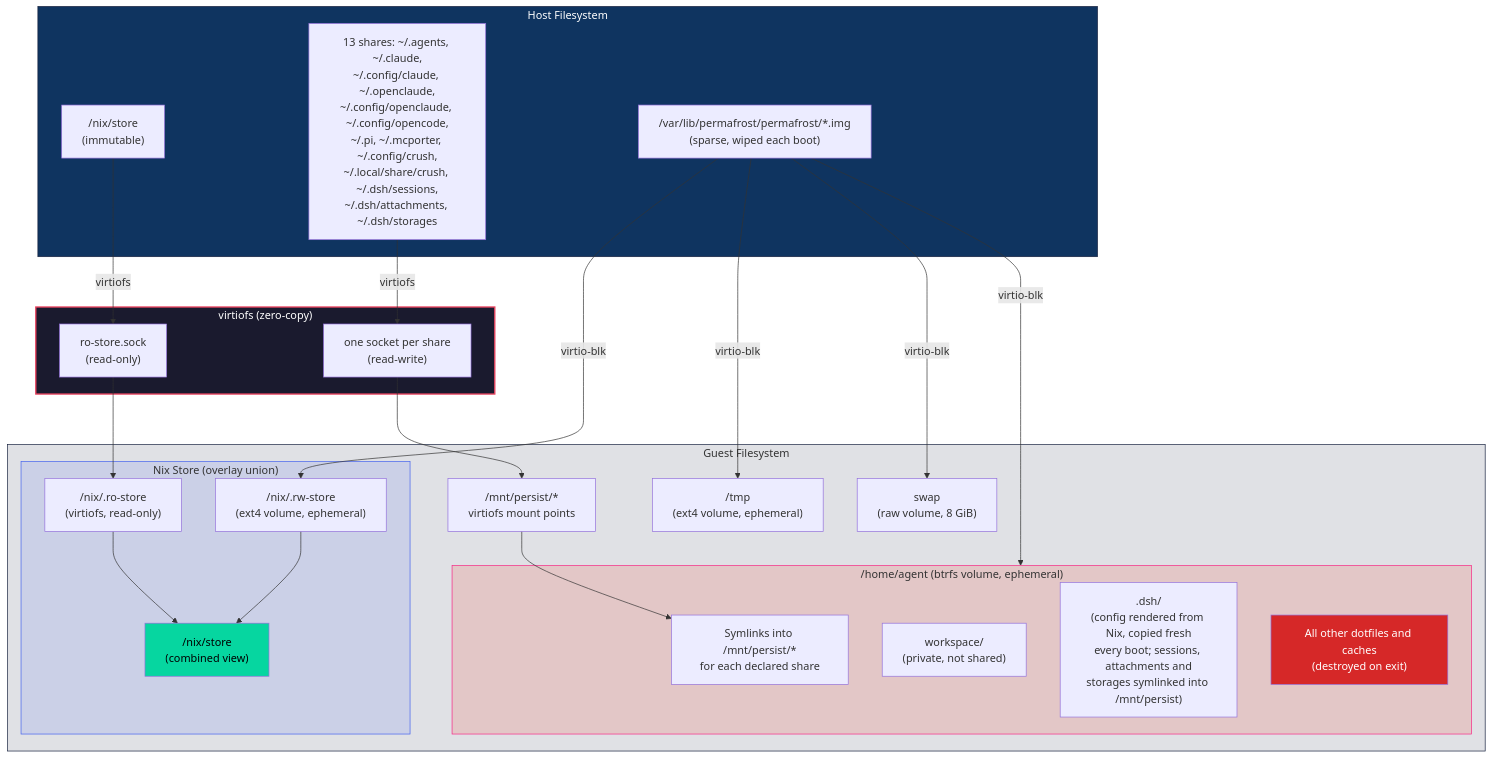
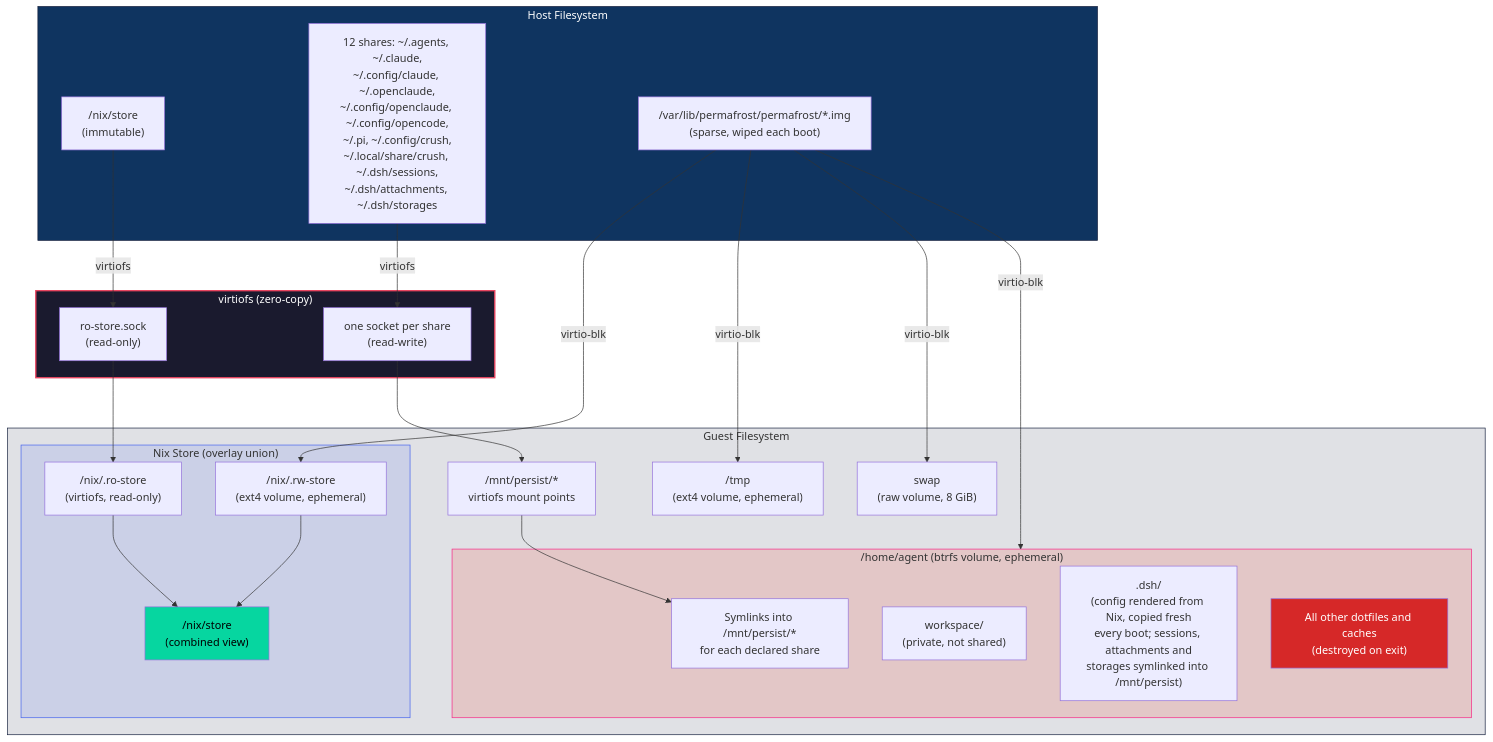
Before and after one commit to tenarches/nix-permafrost: the fifth of 6 diagrams in README.md, drawn with Mermaid. The commit also changed other lines of this file and 2 other files, not shown here.

First line of the commit message:
refactor(pi): drop mcporter now that pi speaks MCP natively

````diff
--- a/README.md
+++ b/README.md
@@ -268,50 +268,50 @@
 ```mermaid
 graph TD
     subgraph HOST_FS["Host Filesystem"]
         H_STORE["/nix/store<br/>(immutable)"]
-        H_SHARES["13 shares: ~/.agents, ~/.claude,<br/>~/.config/claude, ~/.openclaude,<br/>~/.config/openclaude, ~/.config/opencode,<br/>~/.pi, ~/.mcporter, ~/.config/crush,<br/>~/.local/share/crush, ~/.dsh/sessions,<br/>~/.dsh/attachments, ~/.dsh/storages"]
+        H_SHARES["12 shares: ~/.agents, ~/.claude,<br/>~/.config/claude, ~/.openclaude,<br/>~/.config/openclaude, ~/.config/opencode,<br/>~/.pi, ~/.config/crush,<br/>~/.local/share/crush, ~/.dsh/sessions,<br/>~/.dsh/attachments, ~/.dsh/storages"]
         H_IMG["/var/lib/permafrost/permafrost/*.img<br/>(sparse, wiped each boot)"]
     end
 
     subgraph VIRTIOFS["virtiofs (zero-copy)"]
         VF1["ro-store.sock<br/>(read-only)"]
         VF2["one socket per share<br/>(read-write)"]
     end
 
     subgraph GUEST_FS["Guest Filesystem"]
         subgraph NIX_UNION["Nix Store (overlay union)"]
             RO["/nix/.ro-store<br/>(virtiofs, read-only)"]
             RW["/nix/.rw-store<br/>(ext4 volume, ephemeral)"]
             UNION["/nix/store<br/>(combined view)"]
         end
 
         subgraph HOME["/home/agent (btrfs volume, ephemeral)"]
             SYMS["Symlinks into /mnt/persist/*<br/>for each declared share"]
             WS["workspace/<br/>(private, not shared)"]
             DSH[".dsh/<br/>(config rendered from Nix, copied fresh<br/>every boot; sessions, attachments and<br/>storages symlinked into /mnt/persist)"]
             EPHEM["All other dotfiles and caches<br/>(destroyed on exit)"]
         end
 
         TMPV["/tmp<br/>(ext4 volume, ephemeral)"]
         SWAP["swap<br/>(raw volume, 8 GiB)"]
         PERSIST["/mnt/persist/*<br/>virtiofs mount points"]
     end
 
     H_STORE -->|virtiofs| VF1 --> RO
     H_SHARES -->|virtiofs| VF2 --> PERSIST
     H_IMG -->|virtio-blk| RW
     H_IMG -->|virtio-blk| HOME
     H_IMG -->|virtio-blk| TMPV
     H_IMG -->|virtio-blk| SWAP
     RO --> UNION
     RW --> UNION
     PERSIST --> SYMS
 
     style HOST_FS fill:#0f3460,stroke:#16213e,color:#fff
     style VIRTIOFS fill:#1a1a2e,stroke:#e94560,color:#fff,stroke-width:2px
     style GUEST_FS fill:#16213e22,stroke:#16213e
     style NIX_UNION fill:#4361ee22,stroke:#4361ee
     style HOME fill:#f7200522,stroke:#f72585
     style EPHEM fill:#d62828,color:#fff
     style UNION fill:#06d6a0,color:#000
 ```
````
